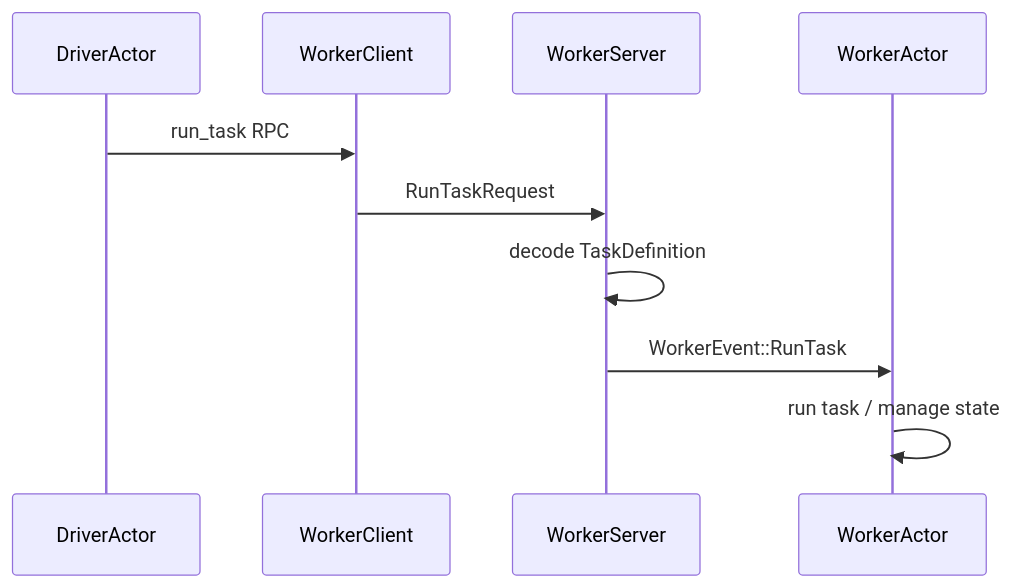
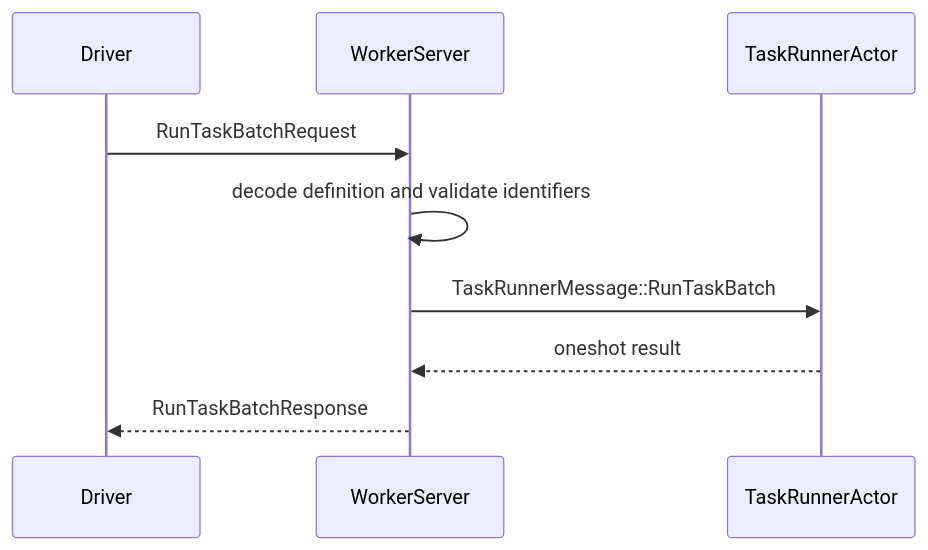
One commit to firstpair/sail-rust-book changed the third of 3 diagrams in sail-rust-book/sources/02-rust-foundations-in-sail.md. Above: the diagram before and after it, drawn with Mermaid. The commit also changed other lines of this file and 27 other files, not shown here.

````diff
--- a/sail-rust-book/sources/02-rust-foundations-in-sail.md
+++ b/sail-rust-book/sources/02-rust-foundations-in-sail.md
@@ -273,13 +246,11 @@
 ```mermaid
 sequenceDiagram
-    participant Driver as DriverActor
-    participant Client as WorkerClient
+    participant Driver as Driver
     participant Server as WorkerServer
-    participant Worker as WorkerActor
-
-    Driver->>Client: run_task RPC
-    Client->>Server: RunTaskRequest
-    Server->>Server: decode TaskDefinition
-    Server->>Worker: WorkerEvent::RunTask
-    Worker->>Worker: run task / manage state
+    participant Runner as TaskRunnerActor
+    Driver->>Server: RunTaskBatchRequest
+    Server->>Server: decode definition and validate identifiers
+    Server->>Runner: TaskRunnerMessage::RunTaskBatch
+    Runner-->>Server: oneshot result
+    Server-->>Driver: RunTaskBatchResponse
 ```
````
